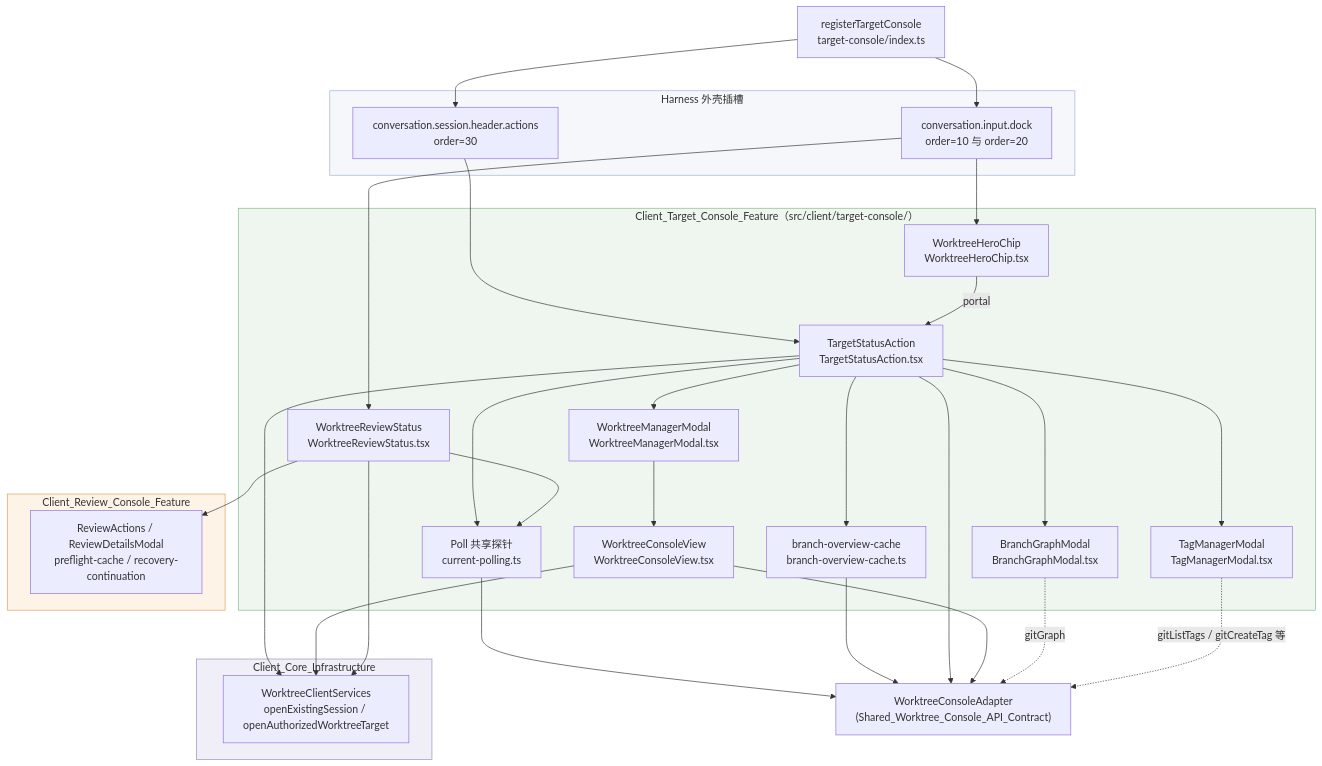
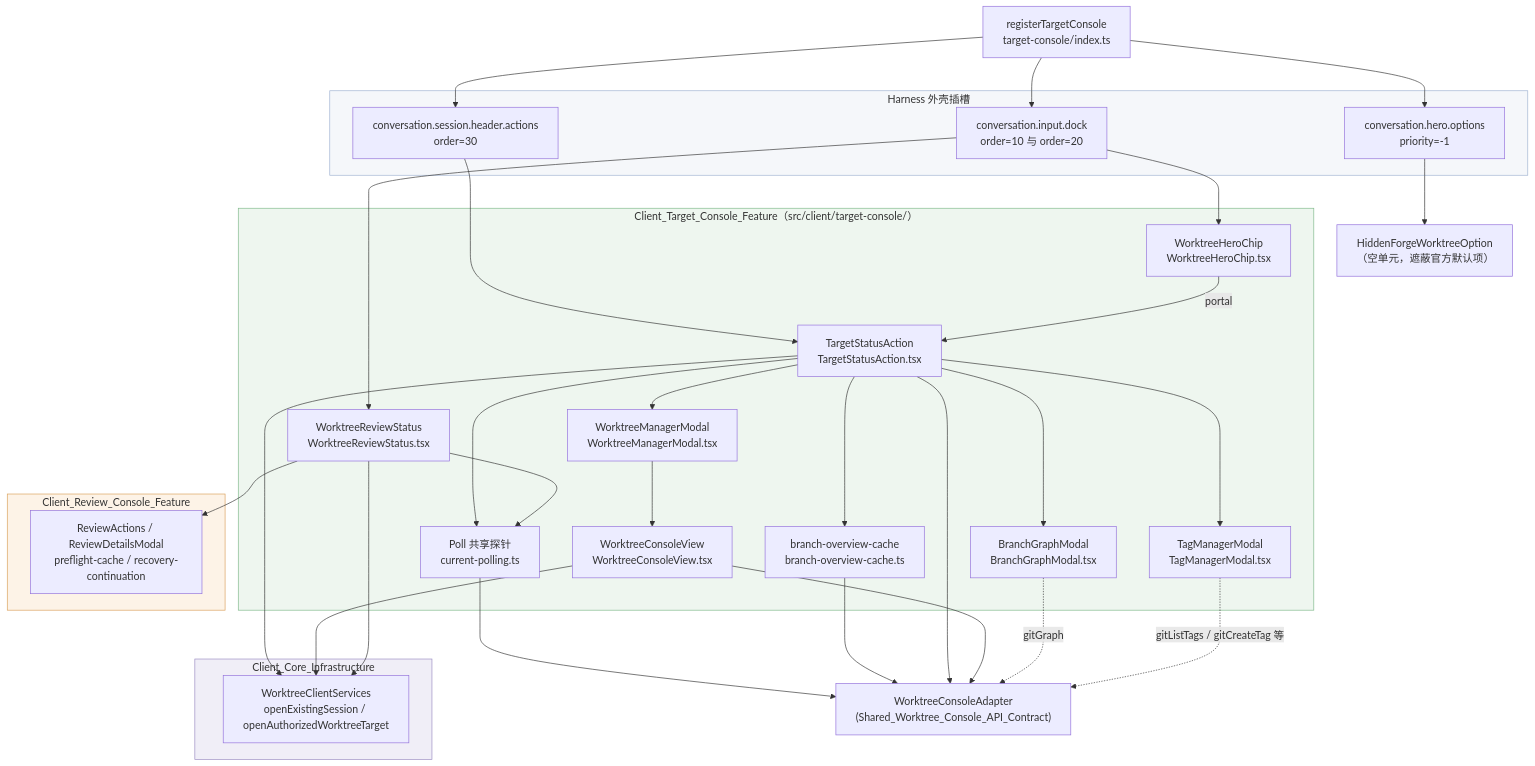
Before and after one commit to ikliml666/dsh-git-workspace: the first of 5 diagrams in .codewiki/_techdocs/docs/Client_UI_Application_Layer/Client_Target_Console_Feature.md, drawn with Mermaid. The commit also changed other lines of this file and 28 other files, not shown here.

````diff
--- a/.codewiki/_techdocs/docs/Client_UI_Application_Layer/Client_Target_Console_Feature.md
+++ b/.codewiki/_techdocs/docs/Client_UI_Application_Layer/Client_Target_Console_Feature.md
@@ -25,60 +25,63 @@
 ```mermaid
 flowchart TB
     subgraph Shell["Harness 外壳插槽"]
         SLOT1["conversation.session.header.actions<br/>order=30"]
         SLOT2["conversation.input.dock<br/>order=10 与 order=20"]
+        SLOT3["conversation.hero.options<br/>priority=-1"]
     end
 
     REG["registerTargetConsole<br/>target-console/index.ts"]
 
     subgraph Module["Client_Target_Console_Feature（src/client/target-console/）"]
         TSA["TargetStatusAction<br/>TargetStatusAction.tsx"]
         WRS["WorktreeReviewStatus<br/>WorktreeReviewStatus.tsx"]
         WHC["WorktreeHeroChip<br/>WorktreeHeroChip.tsx"]
         WCV["WorktreeConsoleView<br/>WorktreeConsoleView.tsx"]
         WMM["WorktreeManagerModal<br/>WorktreeManagerModal.tsx"]
         BGM["BranchGraphModal<br/>BranchGraphModal.tsx"]
         TMM["TagManagerModal<br/>TagManagerModal.tsx"]
         POLL["Poll 共享探针<br/>current-polling.ts"]
         BOC["branch-overview-cache<br/>branch-overview-cache.ts"]
     end
 
     subgraph Review["Client_Review_Console_Feature"]
         RA["ReviewActions / ReviewDetailsModal<br/>preflight-cache / recovery-continuation"]
     end
 
     subgraph Core["Client_Core_Infrastructure"]
         ACT["WorktreeClientServices<br/>openExistingSession / openAuthorizedWorktreeTarget"]
     end
 
     ADAPTER["WorktreeConsoleAdapter<br/>(Shared_Worktree_Console_API_Contract)"]
 
     REG --> SLOT1
     REG --> SLOT2
+    REG --> SLOT3
     SLOT1 --> TSA
     SLOT2 --> WRS
     SLOT2 --> WHC
+    SLOT3 --> HWO["HiddenForgeWorktreeOption<br/>（空单元，遮蔽官方默认项）"]
     WHC -->|portal| TSA
     TSA --> WMM
     TSA --> BGM
     TSA --> TMM
     WMM --> WCV
     TSA --> POLL
     WRS --> POLL
     TSA --> BOC
     POLL --> ADAPTER
     BOC --> ADAPTER
     TSA --> ADAPTER
     WCV --> ADAPTER
     WRS --> RA
     TSA --> ACT
     WCV --> ACT
     WRS --> ACT
     BGM -.->|gitGraph| ADAPTER
     TMM -.->|gitListTags / gitCreateTag 等| ADAPTER
 
     style Shell fill:#f5f7fa,stroke:#9fb3d1
     style Module fill:#eef6ef,stroke:#7fb98a
     style Review fill:#fdf3e7,stroke:#d9a05b
     style Core fill:#f0eef7,stroke:#9a8cc2
 ```
````
